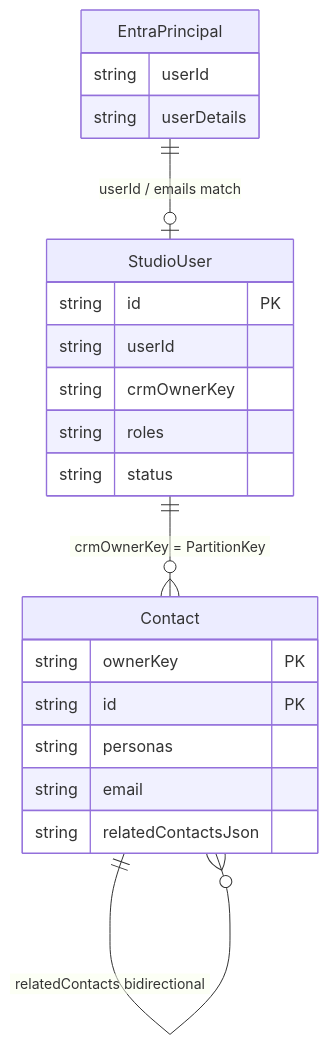
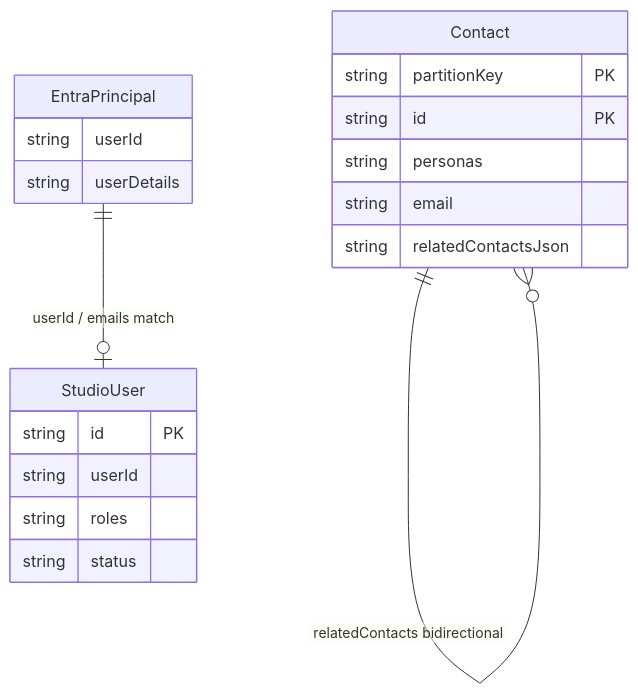
The second of 7 diagrams in docs/architecture/data-persistence.md (jefftindall/broadway-portfolio), drawn with Mermaid before and after one commit. The commit also changed other lines of this file and 20 other files, not shown here.

First line of the commit message:
STUDIO-P1-001: Use a constant People partition instead of CRM owner (#110)

````diff
--- a/docs/architecture/data-persistence.md
+++ b/docs/architecture/data-persistence.md
@@ -169,24 +168,22 @@
 ```mermaid
 erDiagram
-  StudioUser ||--o{ Contact : "crmOwnerKey = PartitionKey"
   Contact ||--o{ Contact : "relatedContacts bidirectional"
   EntraPrincipal ||--o| StudioUser : "userId / emails match"
   StudioUser {
     string id PK
     string userId
-    string crmOwnerKey
     string roles
     string status
   }
   Contact {
-    string ownerKey PK
+    string partitionKey PK
     string id PK
     string personas
     string email
     string relatedContactsJson
   }
   EntraPrincipal {
     string userId
     string userDetails
   }
 ```
````
